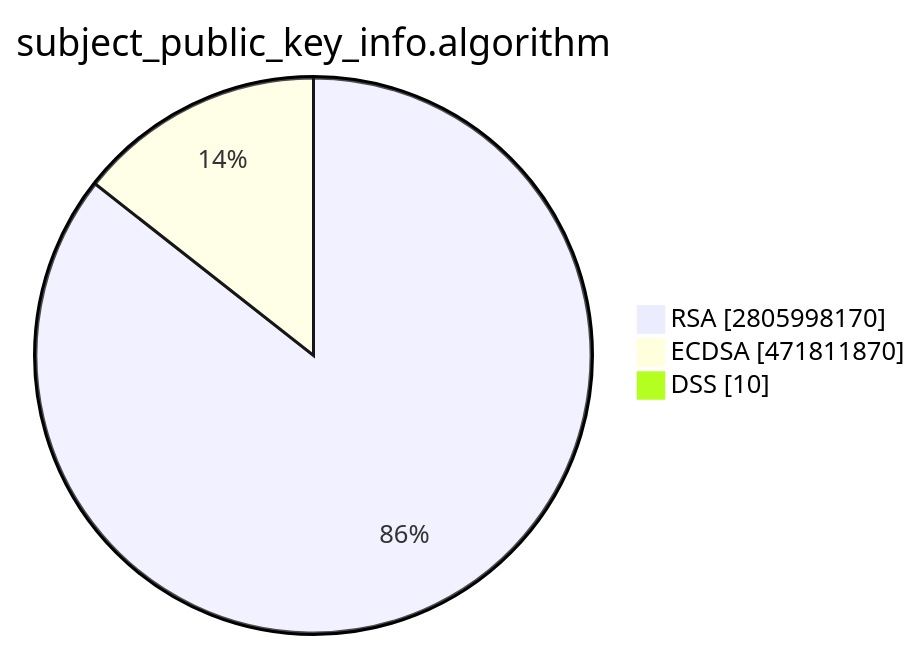
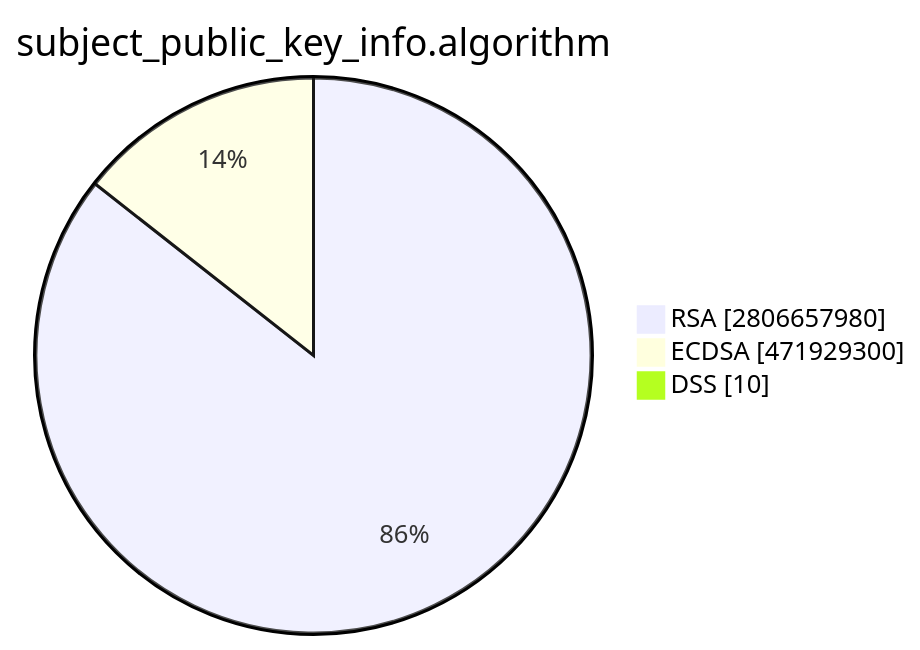
The second of 15 diagrams in TOTAL/README.md (christiankrug/ctmonitor_visualization), drawn with Mermaid before and after one commit. The commit also changed other lines of this file, not shown here.

````diff
--- a/TOTAL/README.md
+++ b/TOTAL/README.md
@@ -6,7 +6,7 @@
 ```mermaid
 pie showData
 title subject_public_key_info.algorithm
-"RSA" :2805998170
-"ECDSA" :471811870
+"RSA" :2806657980
+"ECDSA" :471929300
 "DSS" :10
 ```
````
